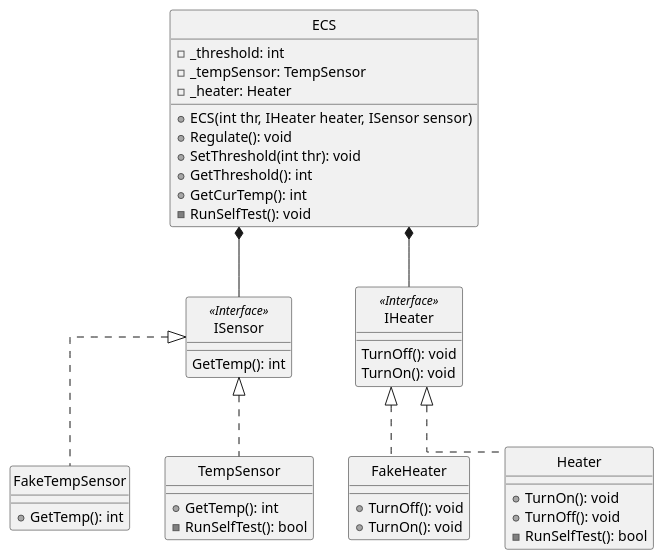
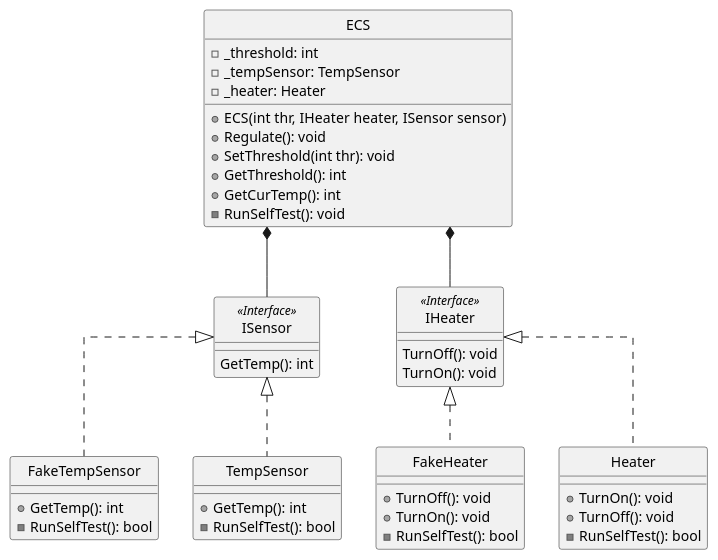
The diagram in ECS/documentation/ECS_Class_Diagram_refactored.plantuml (mikkel-ol/I4SWT-Calculator), drawn with PlantUML before and after one commit.

Commit message:
Update UML ECS Refactored

```diff
--- a/ECS/documentation/ECS_Class_Diagram_refactored.plantuml
+++ b/ECS/documentation/ECS_Class_Diagram_refactored.plantuml
@@ -1,67 +1,69 @@
 @startuml
 skinparam monochrome true
 skinparam linetype ortho
 hide circle
 /'hide <<Boundary>> circle
 hide <<Controller>> circle    
 hide <<Domain>> circle'/
 
 /' i sekvensdiagrammer, brug defines til at skrive
  lange navne '/
 
 class ISensor <<Interface>>
 {
     GetTemp(): int
 }
 
 class IHeater <<Interface>>
 {
     TurnOff(): void
     TurnOn(): void
 }
 
 class FakeTempSensor
 {
     + GetTemp(): int
+    - RunSelfTest(): bool
 }
 
 class FakeHeater
 {
     + TurnOff(): void
     + TurnOn(): void
+    - RunSelfTest(): bool
 }
 
 class TempSensor
 {
     + GetTemp(): int
     - RunSelfTest(): bool
 }
 
 class Heater
 {
     + TurnOn(): void
     + TurnOff(): void
     - RunSelfTest(): bool
 }
 
 class ECS
 {
     - _threshold: int
     - _tempSensor: TempSensor
     - _heater: Heater
     + ECS(int thr, IHeater heater, ISensor sensor)
     + Regulate(): void
     + SetThreshold(int thr): void
     + GetThreshold(): int
     + GetCurTemp(): int
     - RunSelfTest(): void
 }
 
 ECS *-- IHeater
 ECS *-- ISensor
 IHeater <|.. Heater
 IHeater <|.. FakeHeater
 ISensor <|.. TempSensor
 ISensor <|.. FakeTempSensor
 
 @enduml
```
